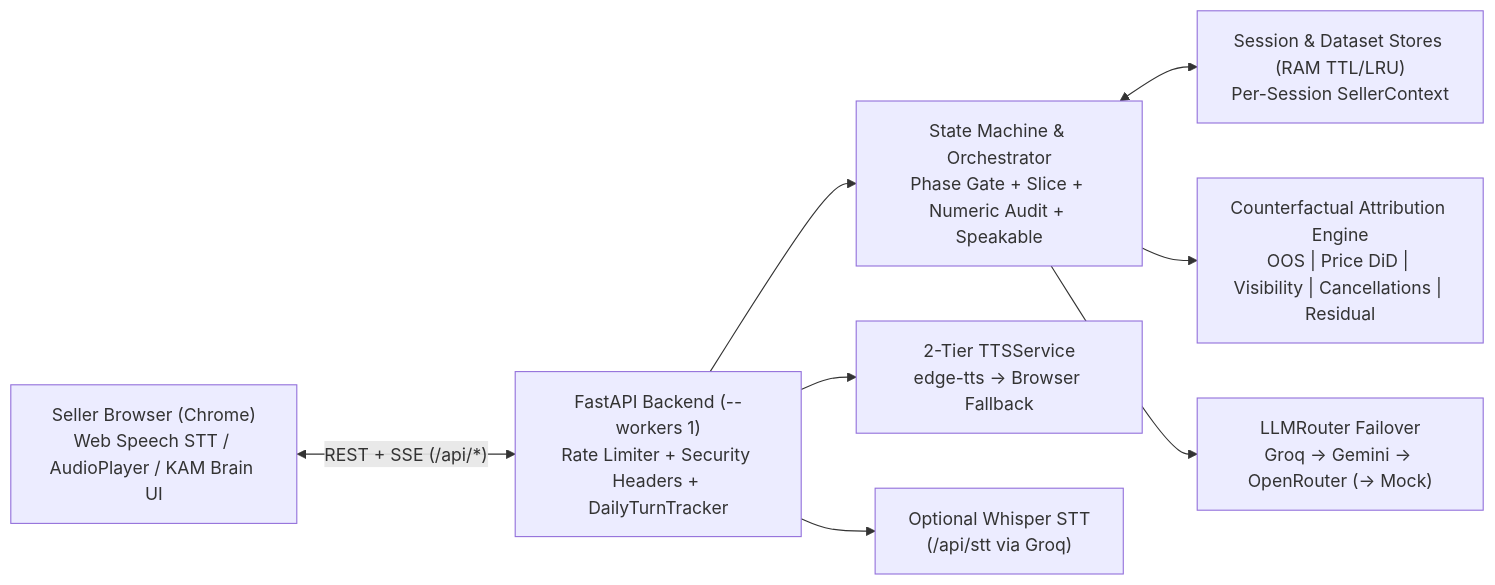
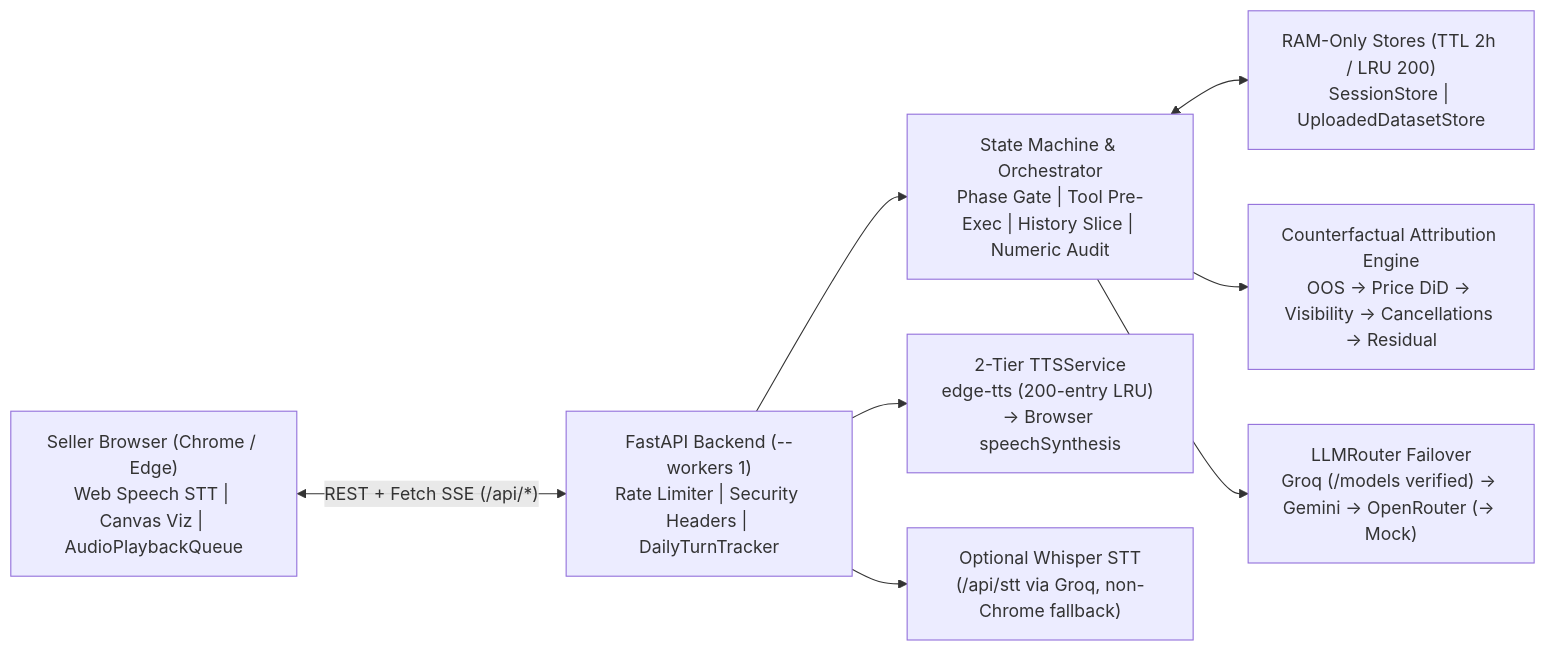
One commit to dummycodertech/VoiceKAM changed the diagram in README.md. Above: the diagram before and after it, drawn with Mermaid. The commit also changed other lines of this file and 20 other files, not shown here.

````diff
--- a/README.md
+++ b/README.md
@@ -29,10 +100,10 @@
 ```mermaid
 flowchart LR
-    U["Seller Browser (Chrome)<br/>Web Speech STT / AudioPlayer / KAM Brain UI"] <-->|"REST + SSE (/api/*)"| API["FastAPI Backend (--workers 1)<br/>Rate Limiter + Security Headers + DailyTurnTracker"]
-    API --> SM["State Machine & Orchestrator<br/>Phase Gate + Slice + Numeric Audit + Speakable"]
-    SM <--> SC["Session & Dataset Stores (RAM TTL/LRU)<br/>Per-Session SellerContext"]
-    SM --> DE["Counterfactual Attribution Engine<br/>OOS | Price DiD | Visibility | Cancellations | Residual"]
-    SM --> MR["LLMRouter Failover<br/>Groq -> Gemini -> OpenRouter (-> Mock)"]
-    API --> TTS["2-Tier TTSService<br/>edge-tts -> Browser Fallback"]
-    API --> STT["Optional Whisper STT<br/>(/api/stt via Groq)"]
+    U["Seller Browser (Chrome / Edge)<br/>Web Speech STT | Canvas Viz | AudioPlaybackQueue"] <-->|"REST + Fetch SSE (/api/*)"| API["FastAPI Backend (--workers 1)<br/>Rate Limiter | Security Headers | DailyTurnTracker"]
+    API --> SM["State Machine & Orchestrator<br/>Phase Gate | Tool Pre-Exec | History Slice | Numeric Audit"]
+    SM <--> SC["RAM-Only Stores (TTL 2h / LRU 200)<br/>SessionStore | UploadedDatasetStore"]
+    SM --> DE["Counterfactual Attribution Engine<br/>OOS -> Price DiD -> Visibility -> Cancellations -> Residual"]
+    SM --> MR["LLMRouter Failover<br/>Groq (/models verified) -> Gemini -> OpenRouter (-> Mock)"]
+    API --> TTS["2-Tier TTSService<br/>edge-tts (200-entry LRU) -> Browser speechSynthesis"]
+    API --> STT["Optional Whisper STT<br/>(/api/stt via Groq, non-Chrome fallback)"]
 ```
````
